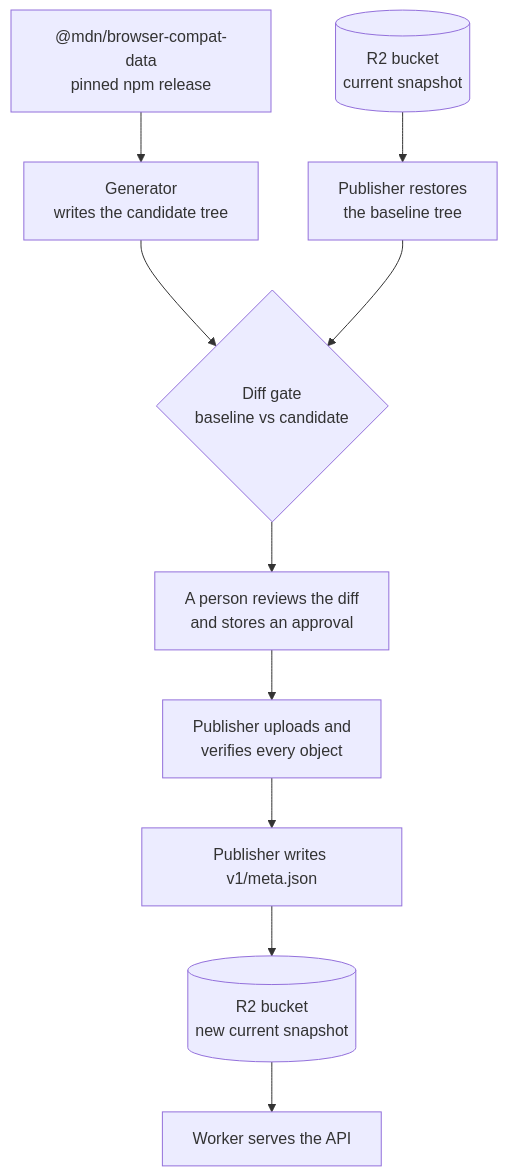
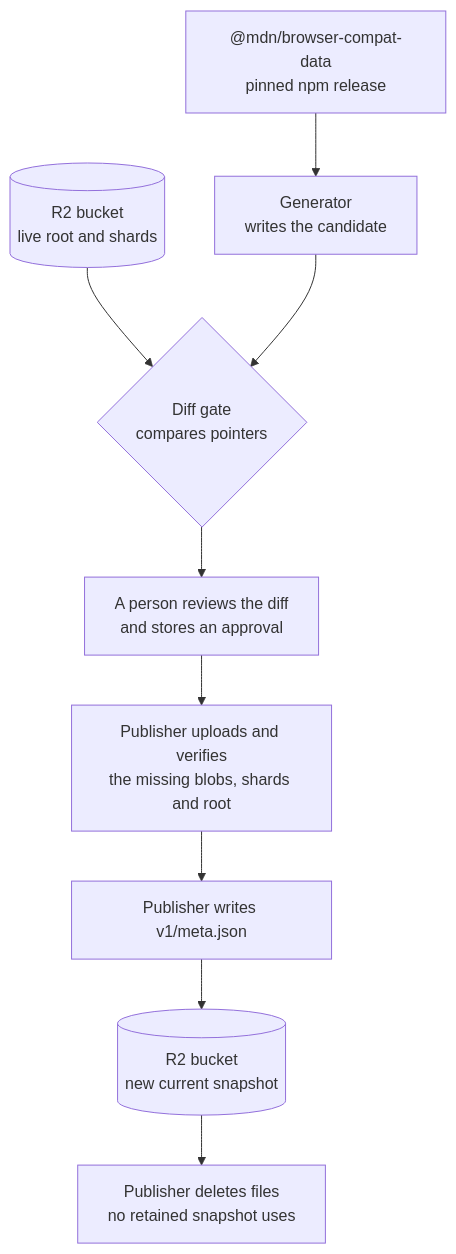
One commit to schalkneethling/bcd-embed changed the second of 3 diagrams in apps/website/src/content/docs/publication.md. Above: the diagram before and after it, drawn with Mermaid. The commit also changed other lines of this file and 36 other files, not shown here.

First line of the commit message:
Publish only what the live snapshot lacks (#138)

````diff
--- a/apps/website/src/content/docs/publication.md
+++ b/apps/website/src/content/docs/publication.md
@@ -72,12 +115,11 @@
 ```mermaid
 flowchart TD
-    bcd["@mdn/browser-compat-data<br/>pinned npm release"] --> gen["Generator<br/>writes the candidate tree"]
-    r2old[("R2 bucket<br/>current snapshot")] --> restore["Publisher restores<br/>the baseline tree"]
-    gen --> diff{"Diff gate<br/>baseline vs candidate"}
-    restore --> diff
+    bcd["@mdn/browser-compat-data<br/>pinned npm release"] --> gen["Generator<br/>writes the candidate"]
+    r2old[("R2 bucket<br/>live root and shards")] --> diff
+    gen --> diff{"Diff gate<br/>compares pointers"}
     diff --> review["A person reviews the diff<br/>and stores an approval"]
-    review --> upload["Publisher uploads and<br/>verifies every object"]
+    review --> upload["Publisher uploads and verifies<br/>the missing blobs, shards and root"]
     upload --> flip["Publisher writes v1/meta.json"]
     flip --> r2new[("R2 bucket<br/>new current snapshot")]
-    r2new --> worker["Worker serves the API"]
+    r2new --> clean["Publisher deletes files<br/>no retained snapshot uses"]
 ```
````
